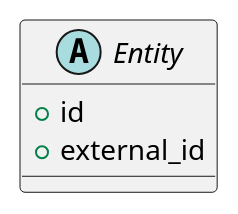
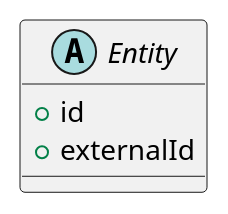
Before and after one commit to chronicleworks/chronicle: the diagram in docs/diagrams/include/entity.iuml, drawn with PlantUML. The commit also changed 23 other files, not shown here.

```diff
--- a/docs/diagrams/include/entity.iuml
+++ b/docs/diagrams/include/entity.iuml
@@ -1,4 +1,4 @@
 abstract Entity {
     + id
-    + external_id
+    + externalId
 }
```
